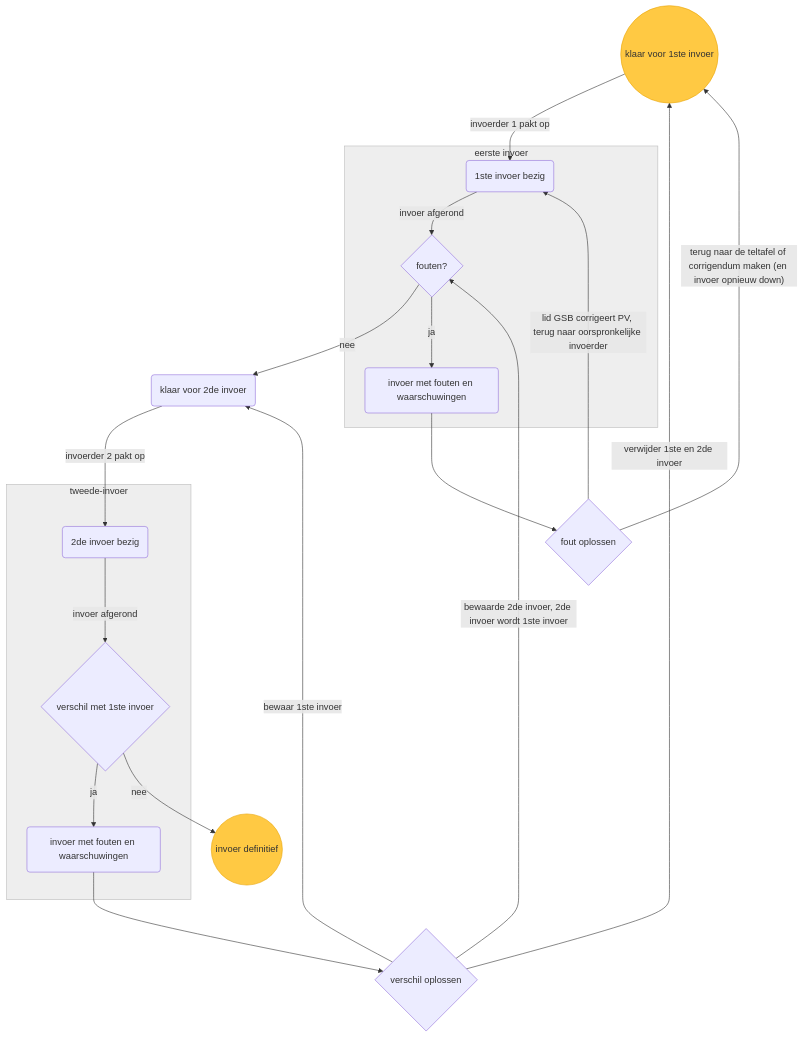
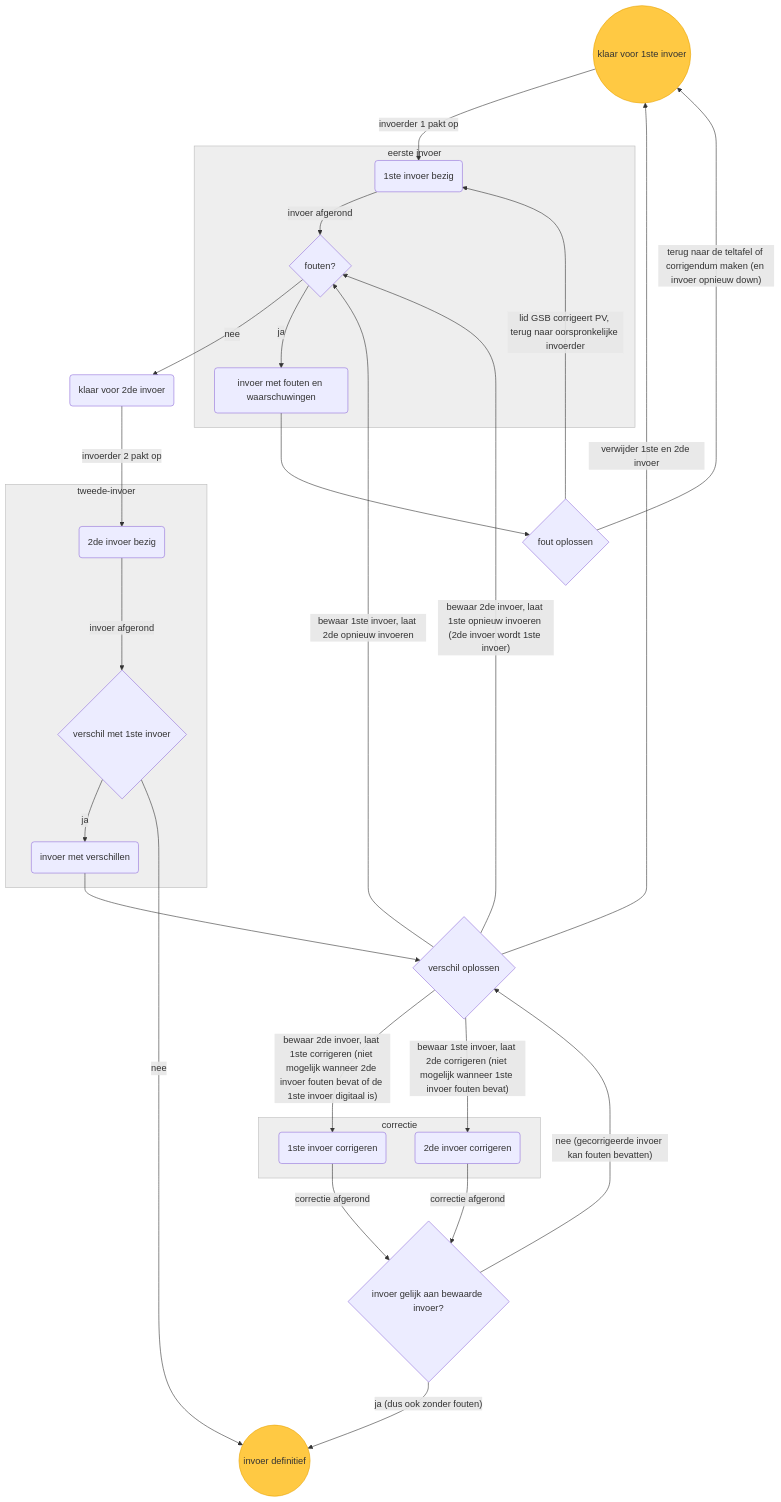
Before and after one commit to kiesraad/abacus-documentatie: the diagram in use-cases/afhandeling-fouten-verschillen-coordinator.md, drawn with Mermaid. The commit also changed other lines of this file and 3 other files, not shown here.

Commit message:
Use cases voor oplossen verschillen (#110)

````diff
--- a/use-cases/afhandeling-fouten-verschillen-coordinator.md
+++ b/use-cases/afhandeling-fouten-verschillen-coordinator.md
@@ -10,53 +18,70 @@
 ```mermaid
 flowchart TD
     %% elements
     klaar-voor-eerste-invoer((klaar voor 1ste invoer))
     eerste-invoer-bezig(1ste invoer bezig)
     fouten{fouten?}
     invoer-met-fouten-en-waarschuwingen-1(invoer met fouten en waarschuwingen)
     fout-oplossen{fout oplossen}
 
     klaar-voor-tweede-invoer(klaar voor 2de invoer)
     tweede-invoer-bezig(2de invoer bezig)
     verschil-oplossen{verschil oplossen}
     verschil-met-eerste-invoer{verschil met 1ste invoer}
-    invoer-met-fouten-en-waarschuwingen-2(invoer met fouten en waarschuwingen)
+    invoer-met-fouten-en-waarschuwingen-2(invoer met verschillen)
+
+    tweede-invoer-corrigeren(2de invoer corrigeren)
+    eerste-invoer-corrigeren(1ste invoer corrigeren)
+    gecorrigeerde-invoer-gelijk{invoer gelijk aan bewaarde invoer?}
 
     invoer-definitief((invoer definitief))
 
     %% flow
     klaar-voor-eerste-invoer --invoerder 1 pakt op --> eerste-invoer-bezig
 
     fouten -- nee --> klaar-voor-tweede-invoer
     
     subgraph sg-eerste-invoer[eerste invoer]
     eerste-invoer-bezig -- invoer afgerond --> fouten
     fouten -- ja --> invoer-met-fouten-en-waarschuwingen-1
     end
 
     invoer-met-fouten-en-waarschuwingen-1 --> fout-oplossen
     fout-oplossen -- terug naar de teltafel of corrigendum maken (en invoer opnieuw down) --> klaar-voor-eerste-invoer
 
     fout-oplossen -- lid GSB corrigeert PV, terug naar oorspronkelijke invoerder --> eerste-invoer-bezig
 
     
     klaar-voor-tweede-invoer -- invoerder 2 pakt op --> tweede-invoer-bezig
 
     subgraph sg-tweede-invoer[tweede-invoer]
     tweede-invoer-bezig -- invoer afgerond --> verschil-met-eerste-invoer
     verschil-met-eerste-invoer -- ja --> invoer-met-fouten-en-waarschuwingen-2
     end
 
     invoer-met-fouten-en-waarschuwingen-2 --> verschil-oplossen
-    verschil-oplossen -- bewaar 1ste invoer --> klaar-voor-tweede-invoer
-    verschil-oplossen -- bewaarde 2de invoer, 2de invoer wordt 1ste invoer --> fouten
+    verschil-oplossen -- bewaar 1ste invoer, laat 2de opnieuw invoeren --> fouten
+    verschil-oplossen -- bewaar 2de invoer, laat 1ste opnieuw invoeren (2de invoer wordt 1ste invoer) --> fouten
     verschil-oplossen -- verwijder 1ste en 2de invoer --> klaar-voor-eerste-invoer
+
+    subgraph sg-correctie[correctie]
+    eerste-invoer-corrigeren
+    tweede-invoer-corrigeren
+    end
+
+    verschil-oplossen -- bewaar 2de invoer, laat 1ste corrigeren (niet mogelijk wanneer 2de invoer fouten bevat of de 1ste invoer digitaal is) --> eerste-invoer-corrigeren
+    verschil-oplossen -- bewaar 1ste invoer, laat 2de corrigeren (niet mogelijk wanneer 1ste invoer fouten bevat) --> tweede-invoer-corrigeren
+
+    tweede-invoer-corrigeren -- correctie afgerond --> gecorrigeerde-invoer-gelijk
+    eerste-invoer-corrigeren -- correctie afgerond --> gecorrigeerde-invoer-gelijk
+    gecorrigeerde-invoer-gelijk -- ja (dus ook zonder fouten) --> invoer-definitief
+    gecorrigeerde-invoer-gelijk -- nee (gecorrigeerde invoer kan fouten bevatten) --> verschil-oplossen
 
     verschil-met-eerste-invoer -- nee --> invoer-definitief
 
     %% styling
     classDef greyFill fill:#eee,stroke:#bbb;
-    class sg-eerste-invoer,sg-tweede-invoer greyFill;
+    class sg-eerste-invoer,sg-tweede-invoer,sg-correctie greyFill;
     classDef yellowFill fill:#ffc943,stroke:#e8a302;
     class klaar-voor-eerste-invoer,invoer-definitief yellowFill;
 ```
````
